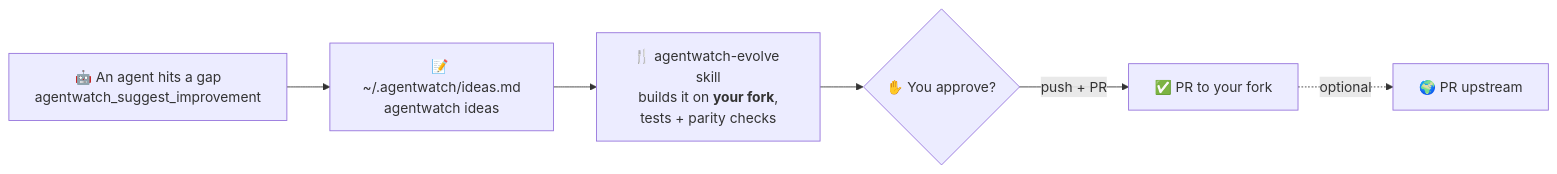
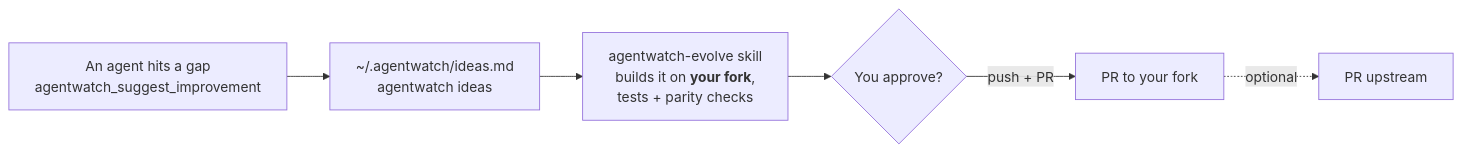
The diagram in README.md (coreylallojr/agentwatch), drawn with Mermaid before and after one commit. The commit also changed other lines of this file and 1 other file, not shown here.

````diff
--- a/README.md
+++ b/README.md
@@ -108,8 +108,8 @@
 ```mermaid
 flowchart LR
-  A["🤖 An agent hits a gap<br/>agentwatch_suggest_improvement"] --> B["📝 ~/.agentwatch/ideas.md<br/>agentwatch ideas"]
-  B --> C["🍴 agentwatch-evolve skill<br/>builds it on <b>your fork</b>,<br/>tests + parity checks"]
-  C --> D{"✋ You approve?"}
-  D -- "push + PR" --> E["✅ PR to your fork"]
-  E -. "optional" .-> F["🌍 PR upstream"]
+  A["An agent hits a gap<br/>agentwatch_suggest_improvement"] --> B["~/.agentwatch/ideas.md<br/>agentwatch ideas"]
+  B --> C["agentwatch-evolve skill<br/>builds it on <b>your fork</b>,<br/>tests + parity checks"]
+  C --> D{"You approve?"}
+  D -- "push + PR" --> E["PR to your fork"]
+  E -. "optional" .-> F["PR upstream"]
 ```
````
